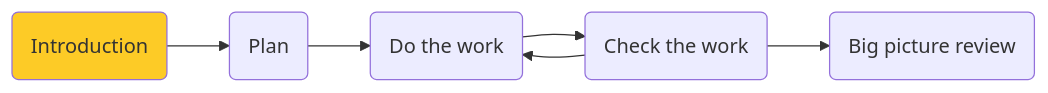
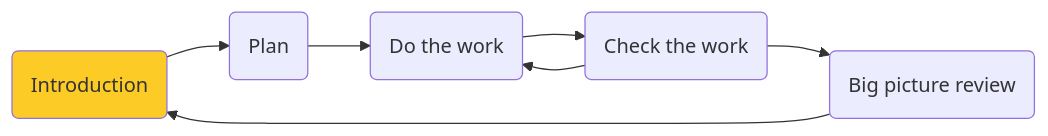
Before and after one commit to Inflectra/spira-documentation: the diagram in docs/SpiraPlan-Quick-Start-Guide/index.md, drawn with Mermaid. The commit also changed other lines of this file and 7 other files, not shown here.

````diff
--- a/docs/SpiraPlan-Quick-Start-Guide/index.md
+++ b/docs/SpiraPlan-Quick-Start-Guide/index.md
@@ -20,10 +20,10 @@
 ``` mermaid
   flowchart LR
   id1(Introduction) --> id2
   id2(Plan) --> id3
   id3(Do the work) --> id4
   id4(Check the work) --> id5 & id3
-  id5(Big picture review)
+  id5(Big picture review) --> id1
 
   style id1 fill:#fdcb26
 ```
````
